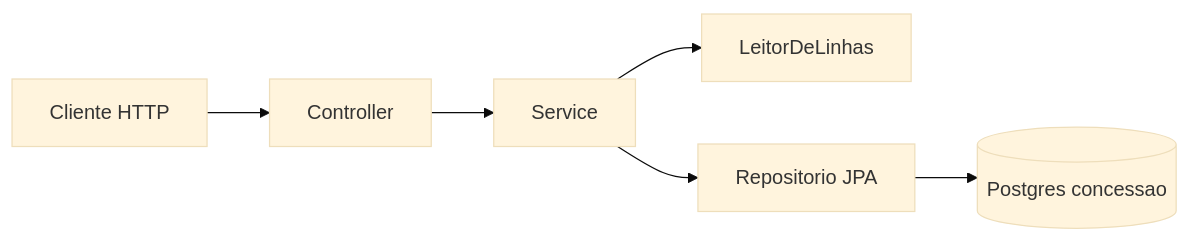
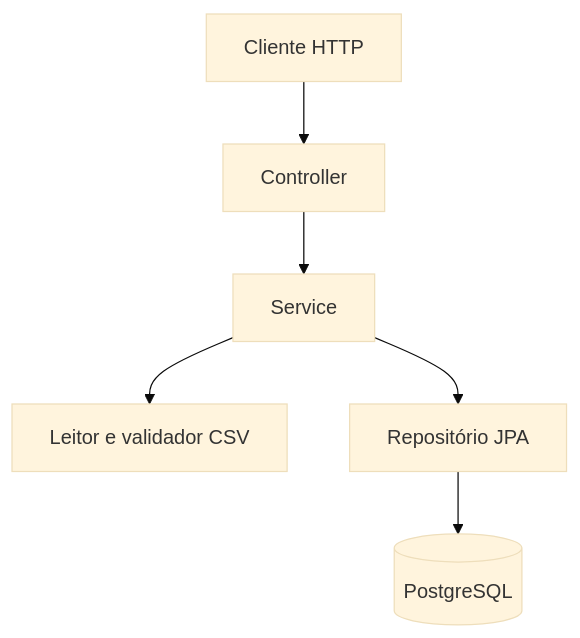
One commit to denzelws/menu-carga changed the diagram in README.md. Above: the diagram before and after it, drawn with Mermaid (base theme). The commit also changed other lines of this file, not shown here.

````diff
--- a/README.md
+++ b/README.md
@@ -28,15 +57,15 @@
 ```mermaid
-flowchart LR
-  client[Cliente HTTP]
-  ctrl[Controller]
-  svc[Service]
-  leitor[LeitorDeLinhas]
-  repo[Repositorio JPA]
-  db[(Postgres concessao)]
+flowchart TD
+Client[Cliente HTTP]
+Controller[Controller]
+Service[Service]
+Reader[Leitor e validador CSV]
+Repository[Repositório JPA]
+Database[(PostgreSQL)]
 
-  client --> ctrl
-  ctrl --> svc
-  svc --> leitor
-  svc --> repo
-  repo --> db
+Client --> Controller
+Controller --> Service
+Service --> Reader
+Service --> Repository
+Repository --> Database
 ```
````
